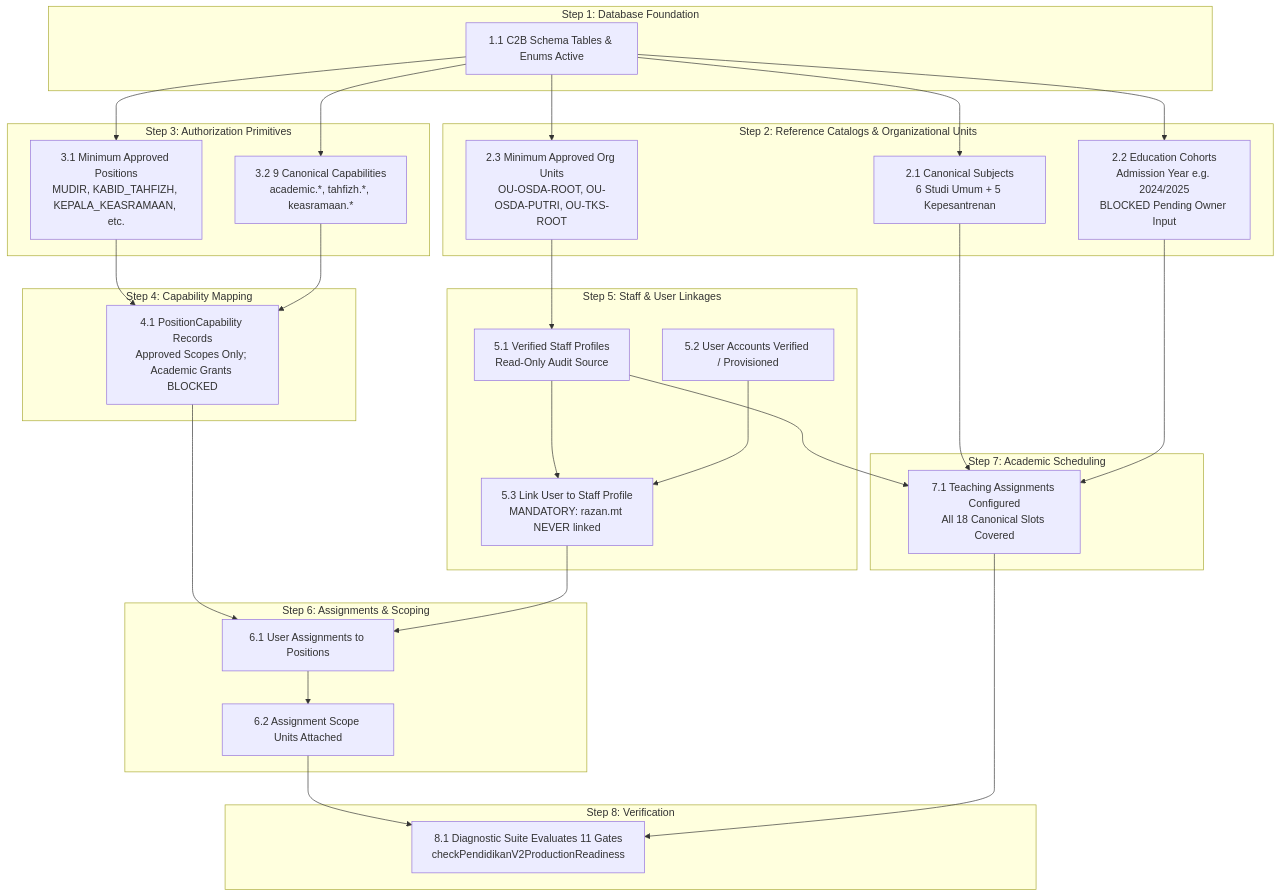
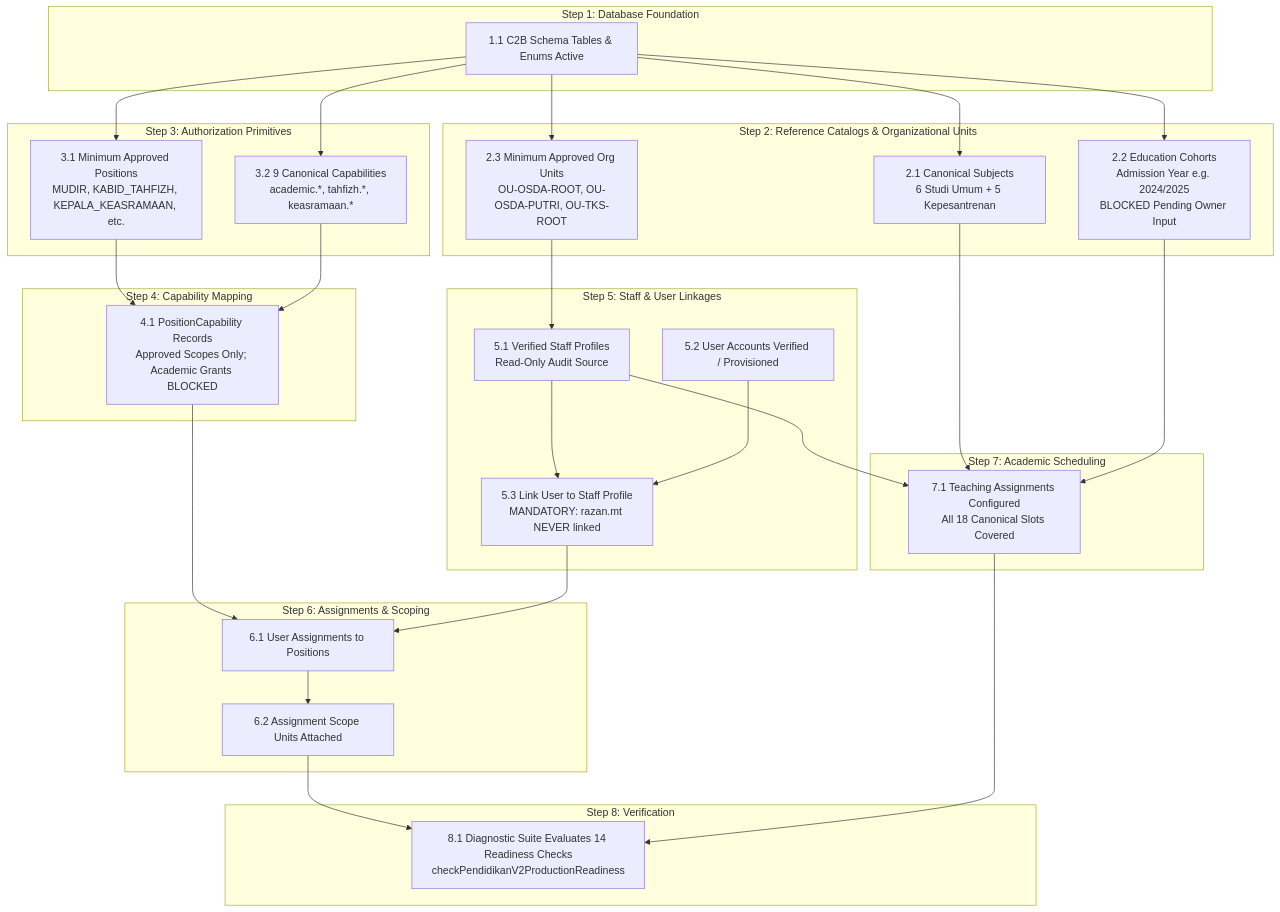
The second of 2 diagrams in docs/STQ_M3_RELEASE_DEPENDENCIES.md (abdngr23-pixel/stq-education-portal), drawn with Mermaid before and after one commit. The commit also changed other lines of this file and 7 other files, not shown here.

````diff
--- a/docs/STQ_M3_RELEASE_DEPENDENCIES.md
+++ b/docs/STQ_M3_RELEASE_DEPENDENCIES.md
@@ -78,64 +78,64 @@
 ```mermaid
 graph TD
     subgraph Step 1: Database Foundation
         S1[1.1 C2B Schema Tables & Enums Active]
     end
 
     subgraph Step 2: Reference Catalogs & Organizational Units
         S2A[2.1 Canonical Subjects<br/>6 Studi Umum + 5 Kepesantrenan]
         S2B[2.2 Education Cohorts<br/>Admission Year e.g. 2024/2025<br/>BLOCKED Pending Owner Input]
         S2C[2.3 Minimum Approved Org Units<br/>OU-OSDA-ROOT, OU-OSDA-PUTRI, OU-TKS-ROOT]
     end
 
     subgraph Step 3: Authorization Primitives
         S3A[3.1 Minimum Approved Positions<br/>MUDIR, KABID_TAHFIZH, KEPALA_KEASRAMAAN, etc.]
         S3B[3.2 9 Canonical Capabilities<br/>academic.*, tahfizh.*, keasramaan.*]
     end
 
     subgraph Step 4: Capability Mapping
         S4[4.1 PositionCapability Records<br/>Approved Scopes Only; Academic Grants BLOCKED]
     end
 
     subgraph Step 5: Staff & User Linkages
         S5A[5.1 Verified Staff Profiles<br/>Read-Only Audit Source]
         S5B[5.2 User Accounts Verified / Provisioned]
         S5C[5.3 Link User to Staff Profile<br/>MANDATORY: razan.mt NEVER linked]
     end
 
     subgraph Step 6: Assignments & Scoping
         S6A[6.1 User Assignments to Positions]
         S6B[6.2 Assignment Scope Units Attached]
     end
 
     subgraph Step 7: Academic Scheduling
         S7[7.1 Teaching Assignments Configured<br/>All 18 Canonical Slots Covered]
     end
 
     subgraph Step 8: Verification
-        S8[8.1 Diagnostic Suite Evaluates 11 Gates<br/>checkPendidikanV2ProductionReadiness]
+        S8[8.1 Diagnostic Suite Evaluates 14 Readiness Checks<br/>checkPendidikanV2ProductionReadiness]
     end
 
     S1 --> S2A
     S1 --> S2B
     S1 --> S2C
     S1 --> S3A
     S1 --> S3B
 
     S3A --> S4
     S3B --> S4
 
     S2C --> S5A
     S5A --> S5C
     S5B --> S5C
 
     S4 --> S6A
     S5C --> S6A
     S6A --> S6B
 
     S2A --> S7
     S2B --> S7
     S5A --> S7
 
     S6B --> S8
     S7 --> S8
 ```
````
